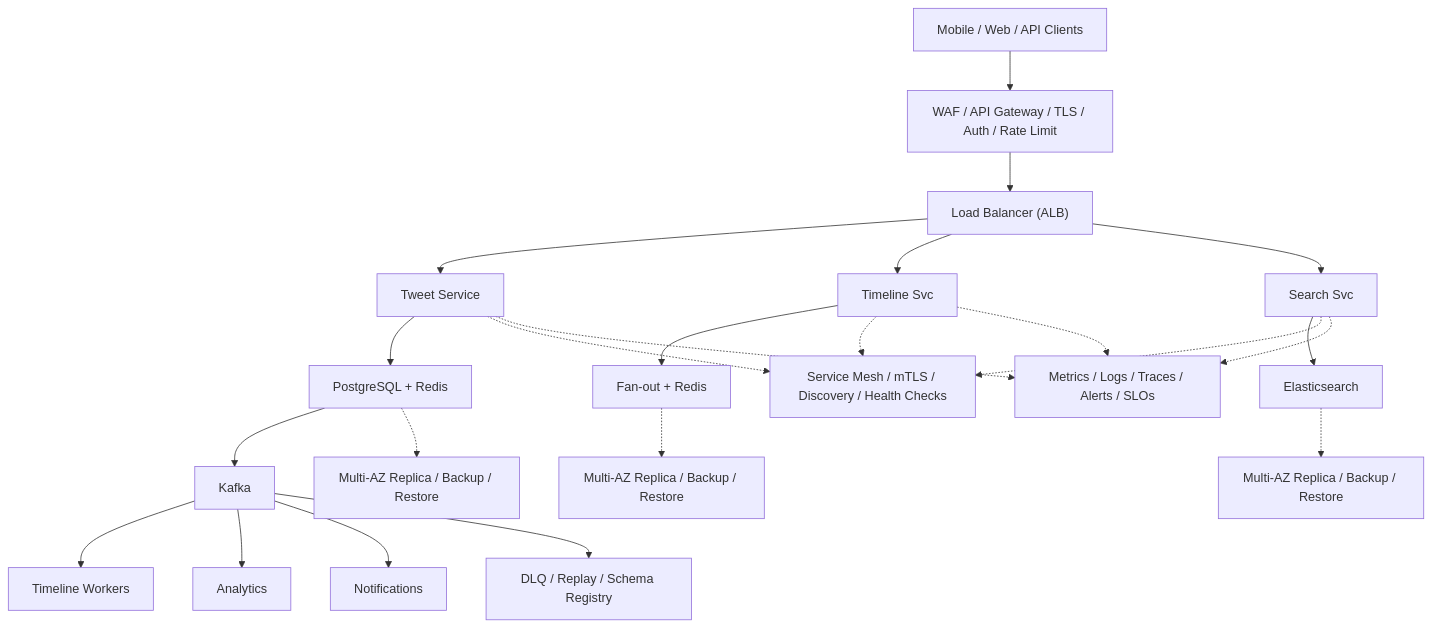
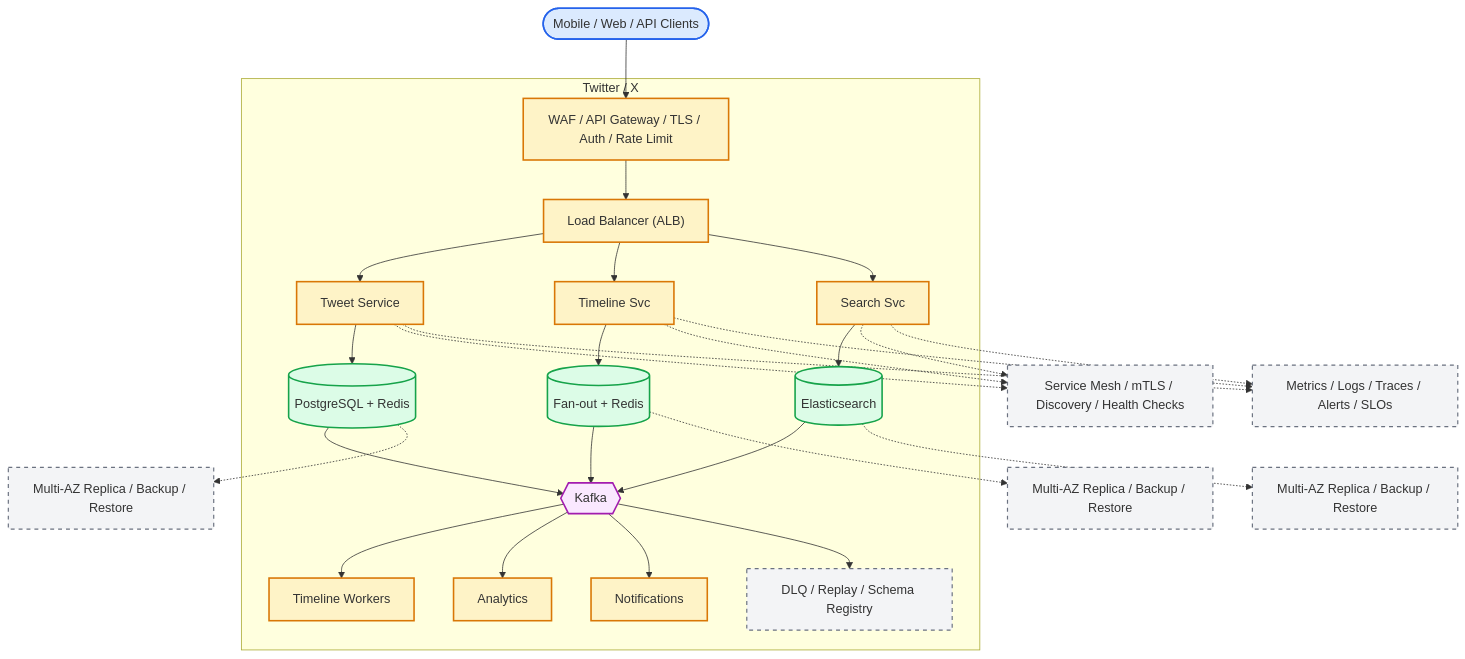
Before and after one commit to aishwary11/system-design: the diagram in system-design-twitter.md, drawn with Mermaid. The commit also changed other lines of this file and 36 other files, not shown here.

First line of the commit message:
Standardize all diagrams on C4-style Mermaid template

````diff
--- a/system-design-twitter.md
+++ b/system-design-twitter.md
@@ -40,25 +40,65 @@
 ```mermaid
 flowchart TB
-    clients["Mobile / Web / API Clients"] --> edge["WAF / API Gateway / TLS / Auth / Rate Limit"]
-    edge --> lb["Load Balancer (ALB)"]
-    lb --> svc0["Tweet Service"]
-    lb --> svc1["Timeline Svc"]
-    lb --> svc2["Search Svc"]
-    svc0 --> store0["PostgreSQL + Redis"]
-    svc1 --> store1["Fan-out + Redis"]
-    svc2 --> store2["Elasticsearch"]
-    store0 --> stream["Kafka"]
-    stream --> worker0["Timeline Workers"]
-    stream --> worker1["Analytics"]
-    stream --> worker2["Notifications"]
-    svc0 -.-> platform["Service Mesh / mTLS / Discovery / Health Checks"]
-    svc1 -.-> platform
-    svc2 -.-> platform
-    store0 -.-> backup0["Multi-AZ Replica / Backup / Restore"]
-    store1 -.-> backup1["Multi-AZ Replica / Backup / Restore"]
-    store2 -.-> backup2["Multi-AZ Replica / Backup / Restore"]
-    stream --> dlq["DLQ / Replay / Schema Registry"]
-    svc0 -.-> ops["Metrics / Logs / Traces / Alerts / SLOs"]
+    %% Actors (people)
+    clients(["Mobile / Web / API Clients"])
+
+    %% System boundary - containers owned by the platform
+    subgraph platform["Twitter / X"]
+        edge["WAF / API Gateway / TLS / Auth / Rate Limit"]
+        lb["Load Balancer (ALB)"]
+        svc0["Tweet Service"]
+        svc1["Timeline Svc"]
+        svc2["Search Svc"]
+        store0[("PostgreSQL + Redis")]
+        store1[("Fan-out + Redis")]
+        store2[("Elasticsearch")]
+        stream{{"Kafka"}}
+        worker0["Timeline Workers"]
+        worker1["Analytics"]
+        worker2["Notifications"]
+        dlq["DLQ / Replay / Schema Registry"]
+    end
+
+    %% Cross-cutting control plane (dashed edges)
+    mesh["Service Mesh / mTLS / Discovery / Health Checks"]
+    ops["Metrics / Logs / Traces / Alerts / SLOs"]
+    backup0["Multi-AZ Replica / Backup / Restore"]
+    backup1["Multi-AZ Replica / Backup / Restore"]
+    backup2["Multi-AZ Replica / Backup / Restore"]
+
+    clients --> edge
+    edge --> lb
+    lb --> svc0
+    lb --> svc1
+    lb --> svc2
+    svc0 --> store0
+    svc1 --> store1
+    svc2 --> store2
+    store0 --> stream
+    store1 --> stream
+    store2 --> stream
+    stream --> worker0
+    stream --> worker1
+    stream --> worker2
+    stream --> dlq
+    svc0 -.-> mesh
+    svc1 -.-> mesh
+    svc2 -.-> mesh
+    svc0 -.-> ops
     svc1 -.-> ops
     svc2 -.-> ops
+    store0 -.-> backup0
+    store1 -.-> backup1
+    store2 -.-> backup2
+
+    classDef actor fill:#dbeafe,stroke:#2563eb,stroke-width:2px
+    classDef service fill:#fef3c7,stroke:#d97706,stroke-width:2px
+    classDef store fill:#dcfce7,stroke:#16a34a,stroke-width:2px
+    classDef broker fill:#fae8ff,stroke:#a21caf,stroke-width:2px
+    classDef control fill:#f3f4f6,stroke:#6b7280,stroke-width:1.5px,stroke-dasharray:5 5
+    class clients actor
+    class edge,lb,svc0,svc1,svc2,worker0,worker1,worker2 service
+    class store0,store1,store2 store
+    class stream broker
+    class dlq,mesh,ops,backup0,backup1,backup2 control
 ```
````
